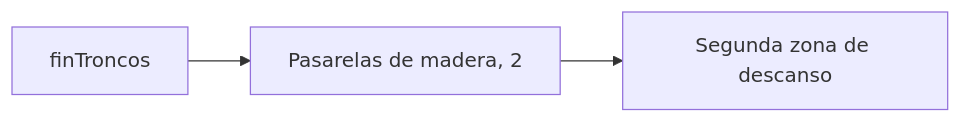
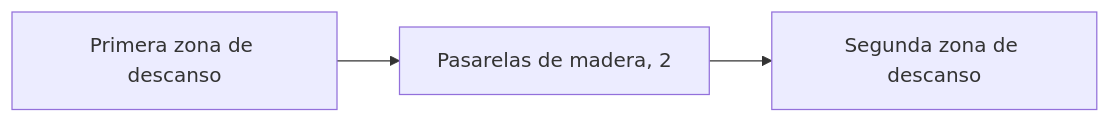
The third of 5 diagrams in README.md (Narratech/DEV-P0), drawn with Mermaid before and after one commit. The commit also changed other lines of this file, not shown here.

Commit message:
Terminadas las descripciones de las 5 zonas con Mermaid

````diff
--- a/README.md
+++ b/README.md
@@ -142,5 +142,5 @@
 ```mermaid
 graph LR;
-    finTroncos-->pasarelas[Pasarelas de madera, 2];
-    pasarelas-->finPasarela[Segunda zona de descanso];
+    finTroncos[Primera zona de descanso]-->pasarelas[Pasarelas de madera, 2];
+    pasarelas[Pasarelas de madera, 2]-->finPasarela[Segunda zona de descanso];
 ```
````
